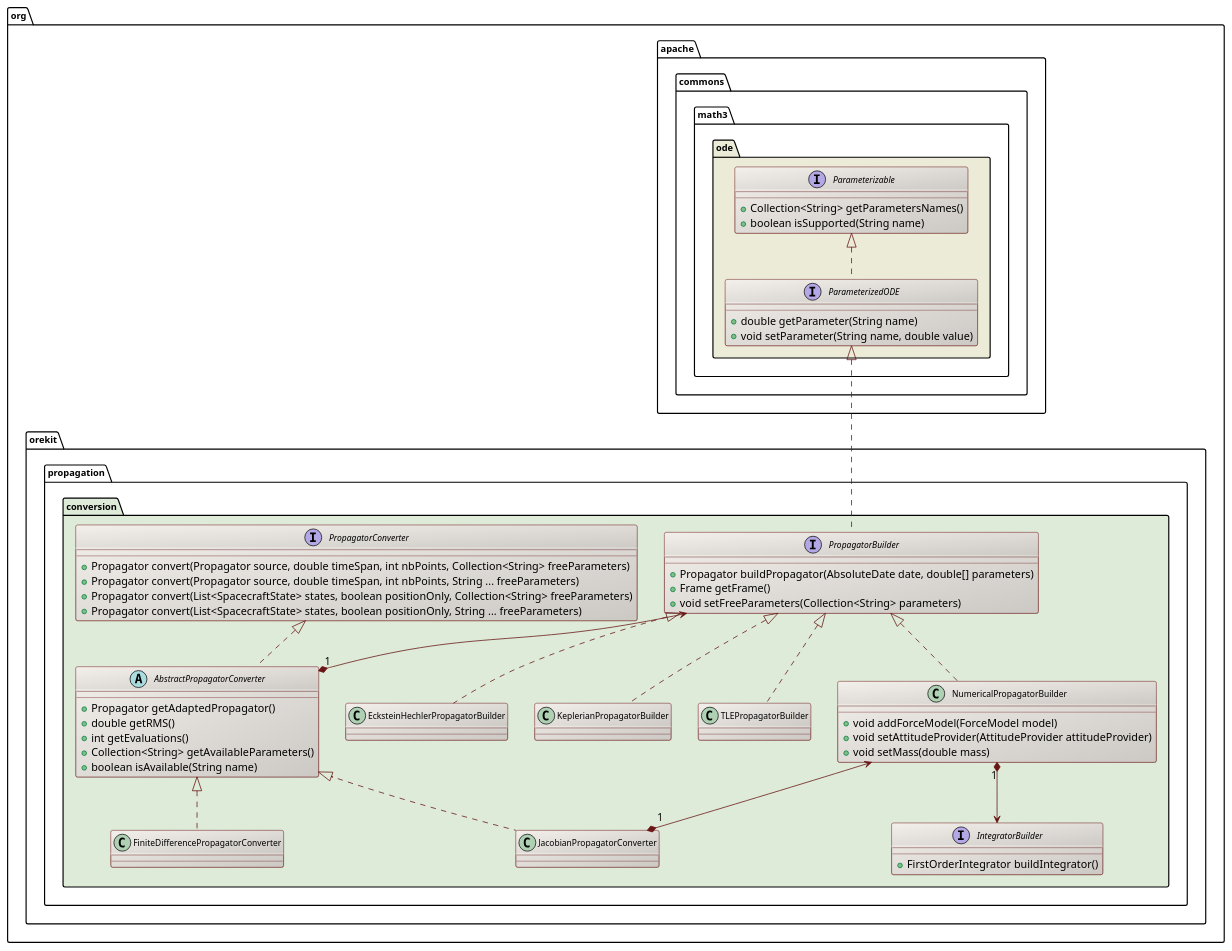
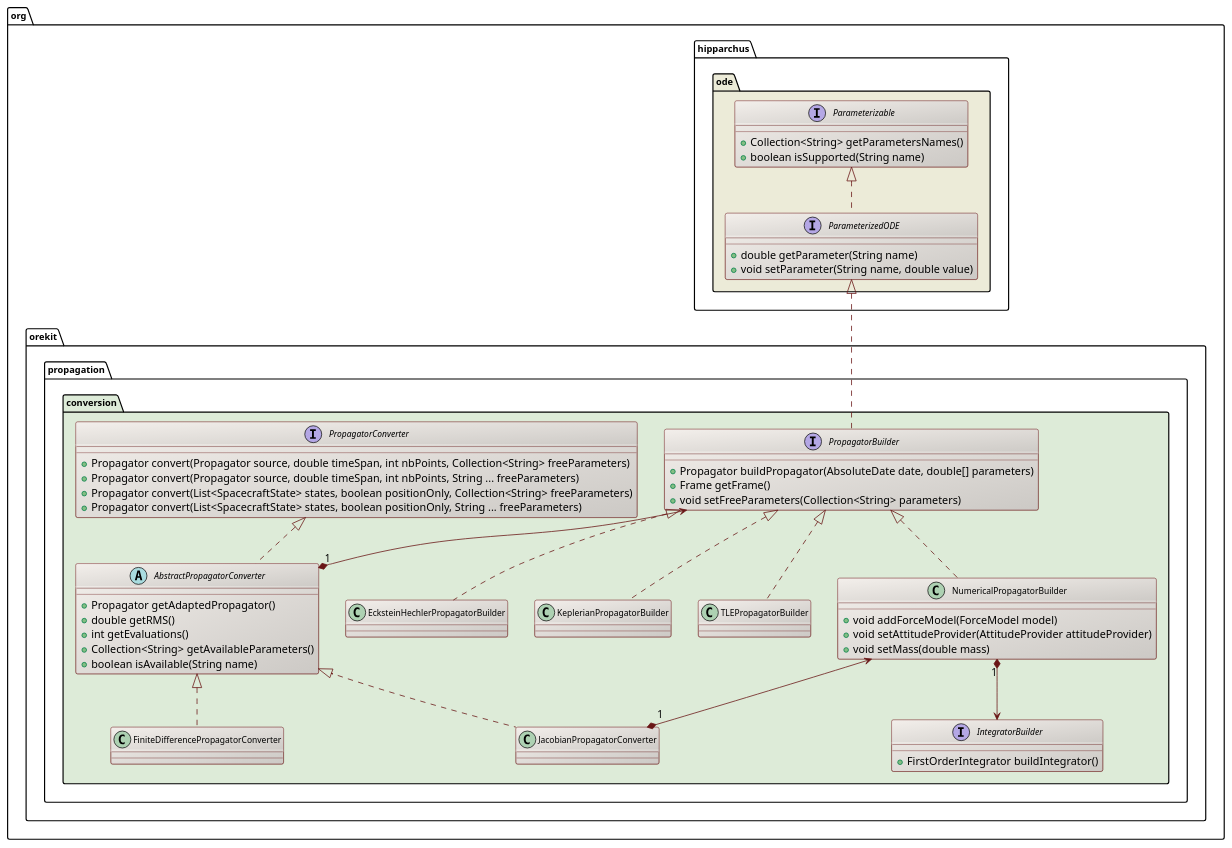
Before and after one commit to CS-SI/Orekit: the diagram in src/design/propagator-conversion-class-diagram.puml, drawn with PlantUML. The commit also changed 519 other files, not shown here.

Commit message:
Switched from Apache Commons Math to Hipparchus.

```diff
--- a/src/design/propagator-conversion-class-diagram.puml
+++ b/src/design/propagator-conversion-class-diagram.puml
@@ -17,88 +17,88 @@
 @startuml
 
   skinparam svek                  true
   skinparam ClassBackgroundColor  #F3EFEB/CCC9C5
   skinparam ClassArrowColor       #691616
   skinparam ClassBorderColor      #691616
   skinparam NoteBackgroundColor   #F3EFEB
   skinparam NoteBorderColor       #691616
   skinparam NoteFontColor         #691616
   skinparam ClassFontSize         11
   skinparam PackageFontSize       12
 
-  package org.apache.commons.math3.ode #ECEBD8 {
+  package org.hipparchus.ode #ECEBD8 {
 
     interface Parameterizable {
       +Collection<String> getParametersNames()
       +boolean isSupported(String name) 
     }
 
     interface ParameterizedODE {
       +double getParameter(String name) 
       +void setParameter(String name, double value)
     }
     
     Parameterizable <|.. ParameterizedODE
 
   }
 
   package org.orekit.propagation.conversion #DDEBD8 {
 
     interface PropagatorBuilder {
       +Propagator buildPropagator(AbsoluteDate date, double[] parameters)
       +Frame getFrame()
       +void setFreeParameters(Collection<String> parameters)
     }
 
     class EcksteinHechlerPropagatorBuilder
     class KeplerianPropagatorBuilder
     class TLEPropagatorBuilder
 
     class NumericalPropagatorBuilder {
       +void addForceModel(ForceModel model)
       +void setAttitudeProvider(AttitudeProvider attitudeProvider)
       +void setMass(double mass)
     }
 
     interface PropagatorConverter {
       +Propagator convert(Propagator source, double timeSpan, int nbPoints, Collection<String> freeParameters)
       +Propagator convert(Propagator source, double timeSpan, int nbPoints, String ... freeParameters)
       +Propagator convert(List<SpacecraftState> states, boolean positionOnly, Collection<String> freeParameters)
       +Propagator convert(List<SpacecraftState> states, boolean positionOnly, String ... freeParameters)
     }
 
     abstract class AbstractPropagatorConverter {
       +Propagator getAdaptedPropagator()
       +double getRMS()
       +int getEvaluations()
       +Collection<String> getAvailableParameters()
       +boolean isAvailable(String name)
     }
 
     class FiniteDifferencePropagatorConverter
     class JacobianPropagatorConverter
 
     interface IntegratorBuilder {
       +FirstOrderIntegrator buildIntegrator()
     }
 
     ParameterizedODE  <|.. PropagatorBuilder
     PropagatorBuilder <|.. EcksteinHechlerPropagatorBuilder
     PropagatorBuilder <|.. KeplerianPropagatorBuilder
     PropagatorBuilder <|.. NumericalPropagatorBuilder
     PropagatorBuilder <|.. TLEPropagatorBuilder
 
     PropagatorConverter <|.. AbstractPropagatorConverter
     AbstractPropagatorConverter <|.. JacobianPropagatorConverter
     AbstractPropagatorConverter <|.. FiniteDifferencePropagatorConverter
 
     PropagatorBuilder <--* "1" AbstractPropagatorConverter
 
     NumericalPropagatorBuilder <-* "1" JacobianPropagatorConverter
 
     NumericalPropagatorBuilder "1" *--> IntegratorBuilder
 
   }
 
 
 @enduml
```
